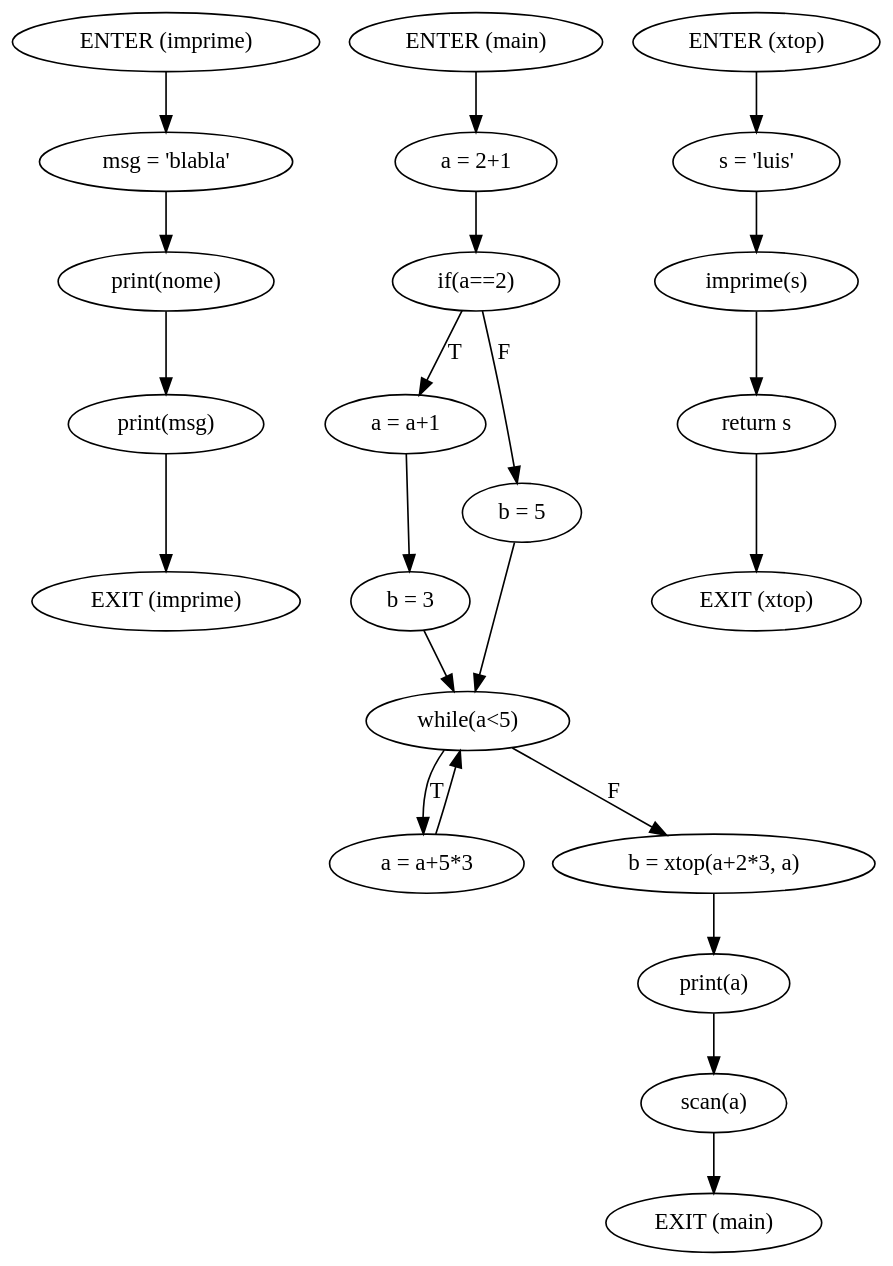
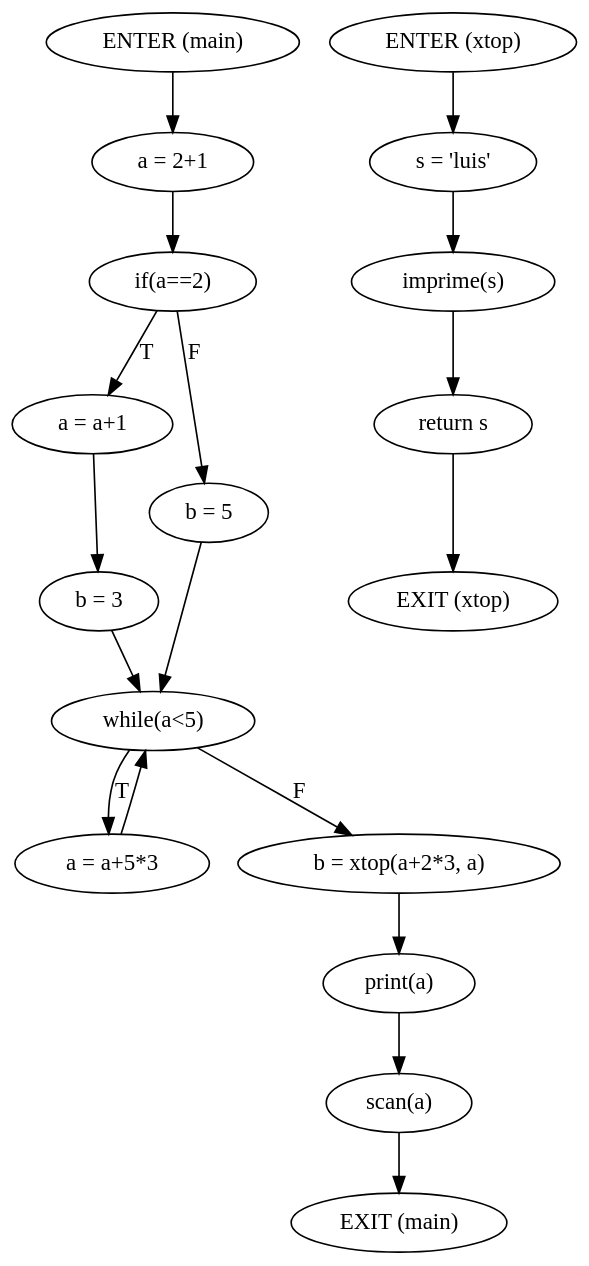
Before and after one commit to MiguelCosta/EngenhariaDeLinguagens: the diagram in ATS/Fichas/Cmb/WebSite/Gramatica/output/cfg.gv, drawn with Graphviz. The commit also changed 20 other files, not shown here.

```diff
--- a/ATS/Fichas/Cmb/WebSite/Gramatica/output/cfg.gv
+++ b/ATS/Fichas/Cmb/WebSite/Gramatica/output/cfg.gv
@@ -1,24 +1,20 @@
 digraph mainmap {
 graph [bgcolor=transparent];
-"ENTER (imprime)" -> "msg = 'blabla'";
-	"msg = 'blabla'" -> "print(nome)";
-	"print(nome)" -> "print(msg)";
-	"print(msg)" -> "EXIT (imprime)";
-	"ENTER (main)" -> "a = 2+1";
+"ENTER (main)" -> "a = 2+1";
 	"a = 2+1" -> "if(a==2)";
 	"if(a==2)" -> "a = a+1"[label="T"];
 	"if(a==2)" -> "b = 5"[label="F"];
 	"a = a+1" -> "b = 3";
 	"b = 3" -> "while(a<5)";
 	"b = 5" -> "while(a<5)";
 	"while(a<5)" -> "a = a+5*3"[label="T"];
 	"while(a<5)" -> "b = xtop(a+2*3, a)"[label="F"];
 	"a = a+5*3" -> "while(a<5)";
 	"b = xtop(a+2*3, a)" -> "print(a)";
 	"print(a)" -> "scan(a)";
 	"scan(a)" -> "EXIT (main)";
 	"ENTER (xtop)" -> "s = 'luis'";
 	"s = 'luis'" -> "imprime(s)";
 	"imprime(s)" -> "return s";
 	"return s" -> "EXIT (xtop)";
 	}
```
